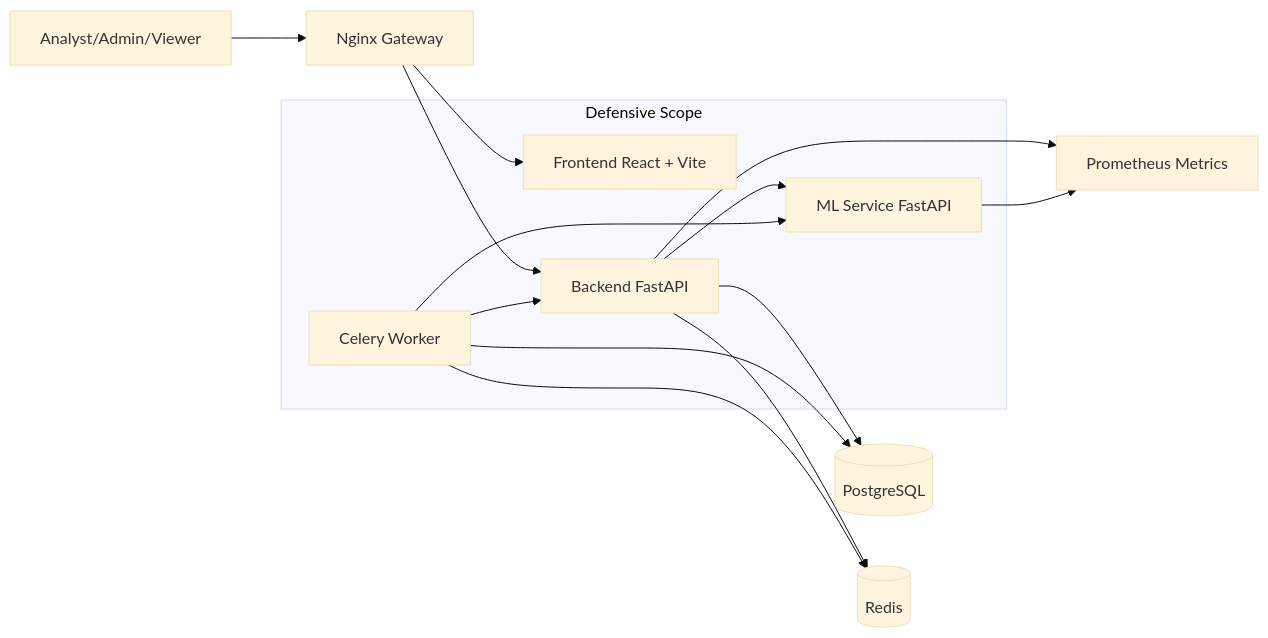
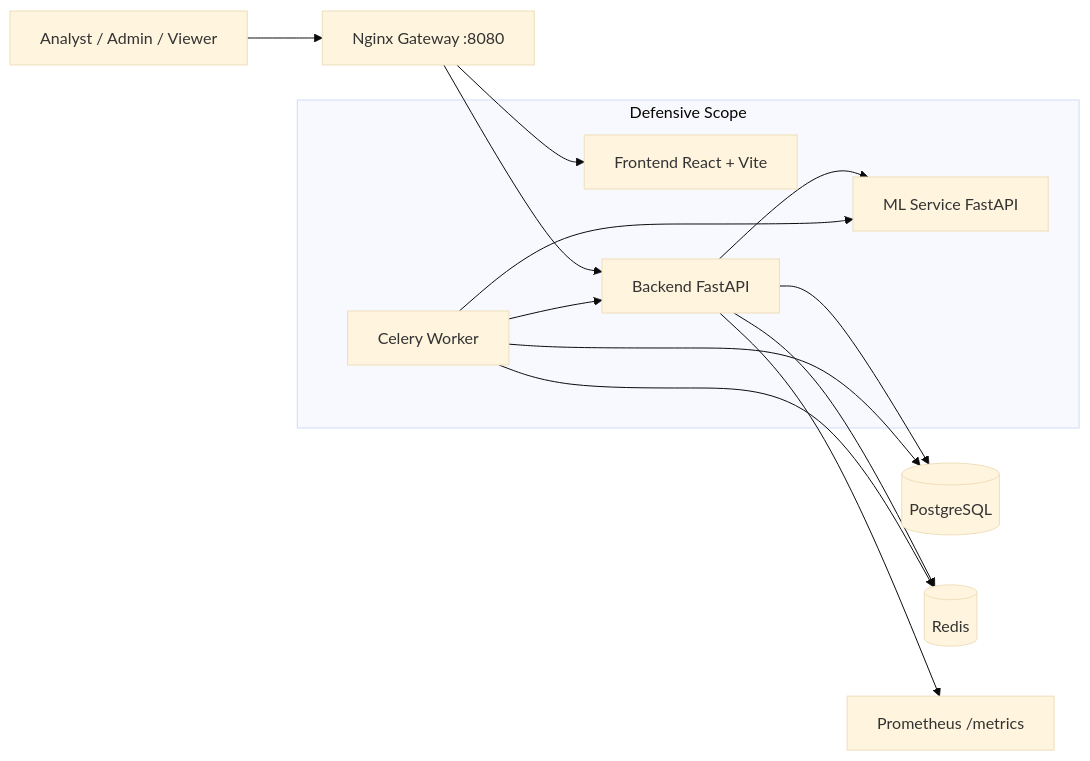
The diagram in README.md (wessamsokar/OT-Security-Project), drawn with Mermaid (base theme) before and after one commit. The commit also changed other lines of this file and 31 other files, not shown here.

````diff
--- a/README.md
+++ b/README.md
@@ -7,25 +7,24 @@
 ```mermaid
 flowchart LR
-    U[Analyst/Admin/Viewer] --> G[Nginx Gateway]
+    U[Analyst / Admin / Viewer] --> G[Nginx Gateway :8080]
     G --> F[Frontend React + Vite]
     G --> B[Backend FastAPI]
 
     B --> P[(PostgreSQL)]
     B --> R[(Redis)]
     B --> M[ML Service FastAPI]
 
     BW[Celery Worker] --> R
     BW --> B
     BW --> M
     BW --> P
 
-    B --> X[Prometheus Metrics]
-    M --> X
+    B --> X[Prometheus /metrics]
 
     subgraph Defensive Scope
+      F
       B
       M
       BW
-      F
     end
 ```
````
